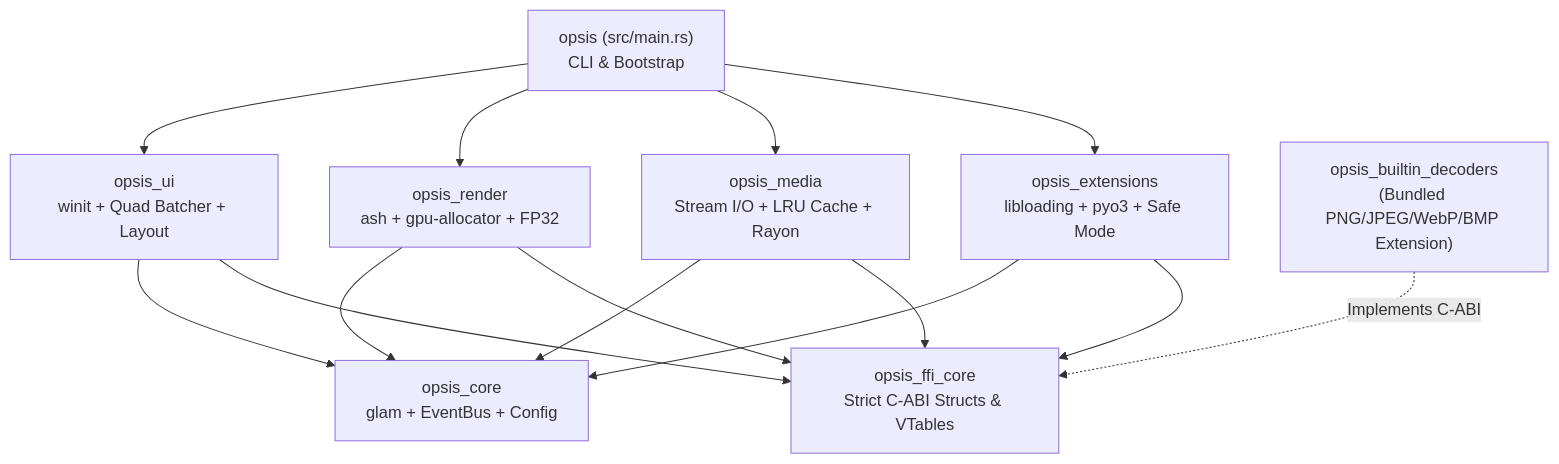
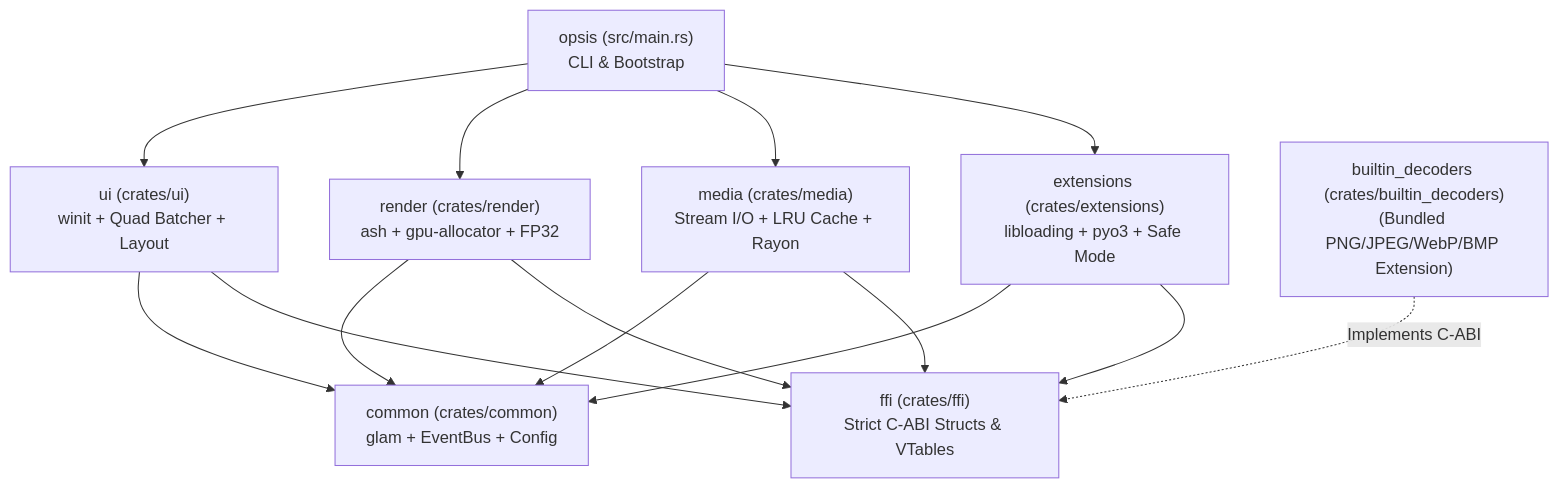
The diagram in src/Architecture and Tech Stack.md (MrKowo/Opsis), drawn with Mermaid before and after one commit. The commit also changed other lines of this file and 5 other files, not shown here.

Commit message:
refactor: standardize on concise internal crate names (ffi, common, render, ui, media, extensions)

````diff
--- a/src/Architecture and Tech Stack.md
+++ b/src/Architecture and Tech Stack.md
@@ -11,19 +11,19 @@
 ```mermaid
 graph TD
-    Main["opsis (src/main.rs)<br/>CLI & Bootstrap"] --> UI["opsis_ui<br/>winit + Quad Batcher + Layout"]
-    Main --> Render["opsis_render<br/>ash + gpu-allocator + FP32"]
-    Main --> Media["opsis_media<br/>Stream I/O + LRU Cache + Rayon"]
-    Main --> Ext["opsis_extensions<br/>libloading + pyo3 + Safe Mode"]
+    Main["opsis (src/main.rs)<br/>CLI & Bootstrap"] --> UI["ui (crates/ui)<br/>winit + Quad Batcher + Layout"]
+    Main --> Render["render (crates/render)<br/>ash + gpu-allocator + FP32"]
+    Main --> Media["media (crates/media)<br/>Stream I/O + LRU Cache + Rayon"]
+    Main --> Ext["extensions (crates/extensions)<br/>libloading + pyo3 + Safe Mode"]
     
-    UI --> Core["opsis_core<br/>glam + EventBus + Config"]
-    Render --> Core
-    Media --> Core
-    Ext --> Core
+    UI --> Common["common (crates/common)<br/>glam + EventBus + Config"]
+    Render --> Common
+    Media --> Common
+    Ext --> Common
     
-    Media --> FFI["opsis_ffi_core<br/>Strict C-ABI Structs & VTables"]
+    Media --> FFI["ffi (crates/ffi)<br/>Strict C-ABI Structs & VTables"]
     Render --> FFI
     UI --> FFI
     Ext --> FFI
     
-    Bundled["opsis_builtin_decoders<br/>(Bundled PNG/JPEG/WebP/BMP Extension)"] -.->|Implements C-ABI| FFI
+    Bundled["builtin_decoders (crates/builtin_decoders)<br/>(Bundled PNG/JPEG/WebP/BMP Extension)"] -.->|Implements C-ABI| FFI
 ```
````
